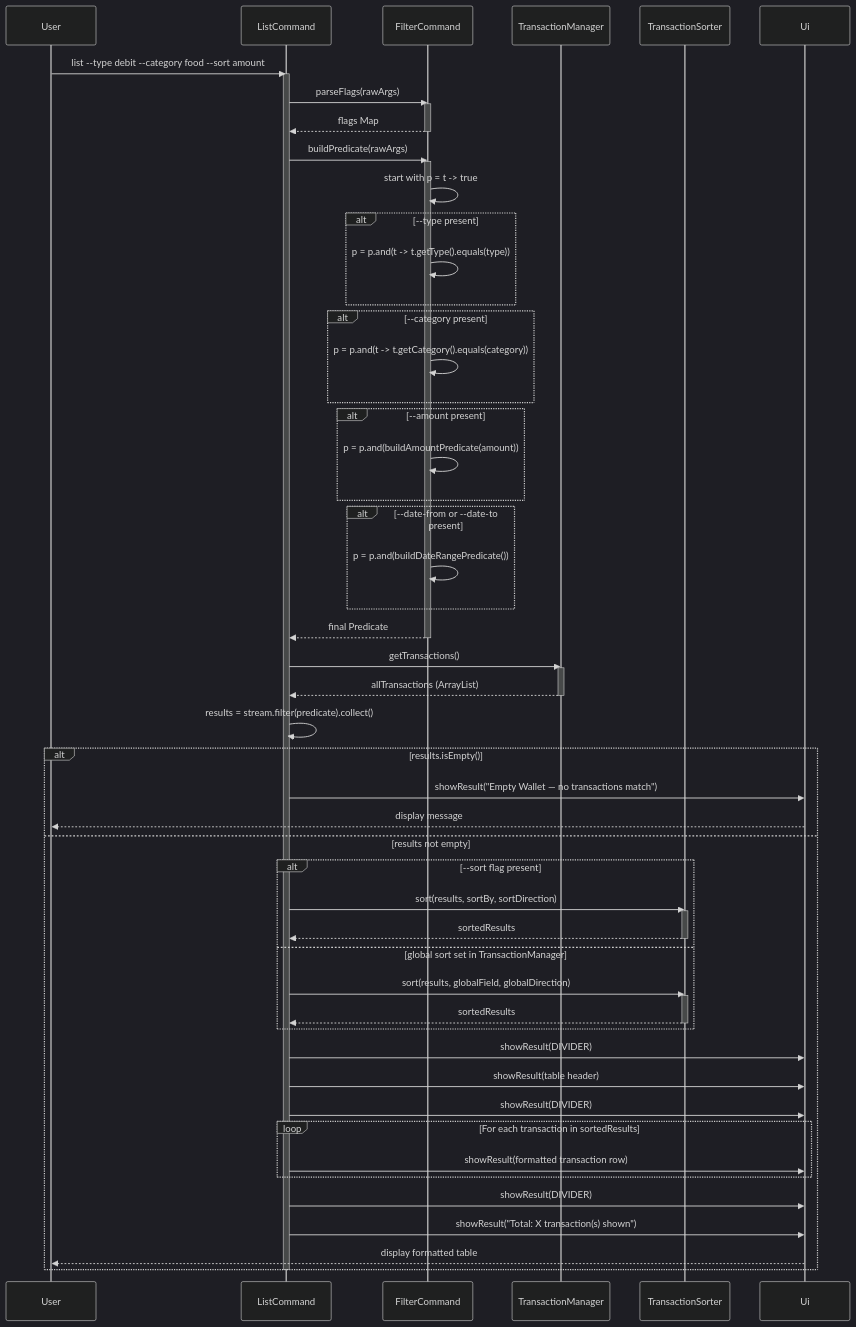
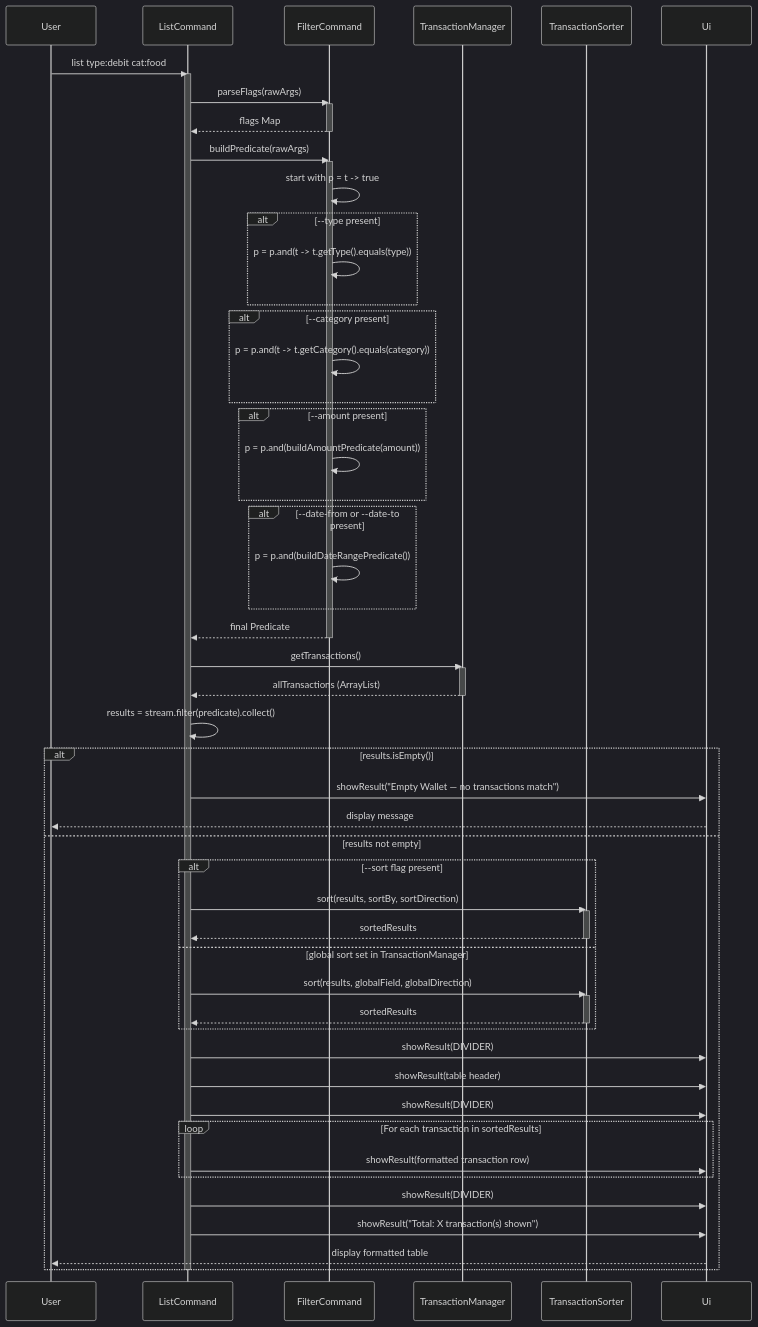
Before and after one commit to llk214/tp: the eighth of 18 diagrams in docs/DeveloperGuide.md, drawn with Mermaid (dark theme). The commit also changed other lines of this file, not shown here.

Commit message:
Fix flag-based command examples in DG body diagrams

````diff
--- a/docs/DeveloperGuide.md
+++ b/docs/DeveloperGuide.md
@@ -658,81 +658,81 @@
 ```mermaid
 sequenceDiagram
     participant User
     participant ListCommand
     participant FilterCommand
     participant TM as TransactionManager
     participant Sorter as TransactionSorter
     participant Ui
 
-    User->>ListCommand: list --type debit --category food --sort amount
+    User->>ListCommand: list type:debit cat:food
     activate ListCommand
 
     ListCommand->>FilterCommand: parseFlags(rawArgs)
     activate FilterCommand
     FilterCommand-->>ListCommand: flags Map
     deactivate FilterCommand
 
     ListCommand->>FilterCommand: buildPredicate(rawArgs)
     activate FilterCommand
 
     FilterCommand->>FilterCommand: start with p = t -> true
 
     alt --type present
         FilterCommand->>FilterCommand: p = p.and(t -> t.getType().equals(type))
     end
 
     alt --category present
         FilterCommand->>FilterCommand: p = p.and(t -> t.getCategory().equals(category))
     end
 
     alt --amount present
         FilterCommand->>FilterCommand: p = p.and(buildAmountPredicate(amount))
     end
 
     alt --date-from or --date-to present
         FilterCommand->>FilterCommand: p = p.and(buildDateRangePredicate())
     end
 
     FilterCommand-->>ListCommand: final Predicate
     deactivate FilterCommand
 
     ListCommand->>TM: getTransactions()
     activate TM
     TM-->>ListCommand: allTransactions (ArrayList)
     deactivate TM
 
     ListCommand->>ListCommand: results = stream.filter(predicate).collect()
 
     alt results.isEmpty()
         ListCommand->>Ui: showResult("Empty Wallet — no transactions match")
         Ui-->>User: display message
     else results not empty
 
         alt --sort flag present
             ListCommand->>Sorter: sort(results, sortBy, sortDirection)
             activate Sorter
             Sorter-->>ListCommand: sortedResults
             deactivate Sorter
         else global sort set in TransactionManager
             ListCommand->>Sorter: sort(results, globalField, globalDirection)
             activate Sorter
             Sorter-->>ListCommand: sortedResults
             deactivate Sorter
         end
 
         ListCommand->>Ui: showResult(DIVIDER)
         ListCommand->>Ui: showResult(table header)
         ListCommand->>Ui: showResult(DIVIDER)
 
         loop For each transaction in sortedResults
             ListCommand->>Ui: showResult(formatted transaction row)
         end
 
         ListCommand->>Ui: showResult(DIVIDER)
         ListCommand->>Ui: showResult("Total: X transaction(s) shown")
 
         Ui-->>User: display formatted table
     end
 
     deactivate ListCommand
 ```
````
